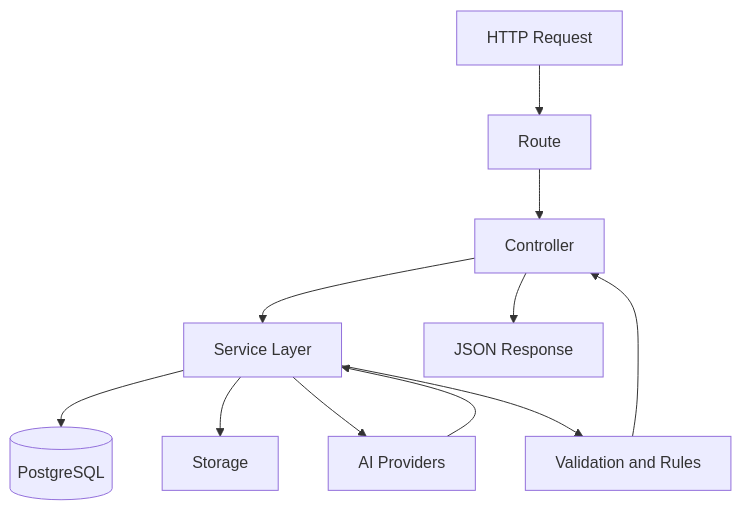
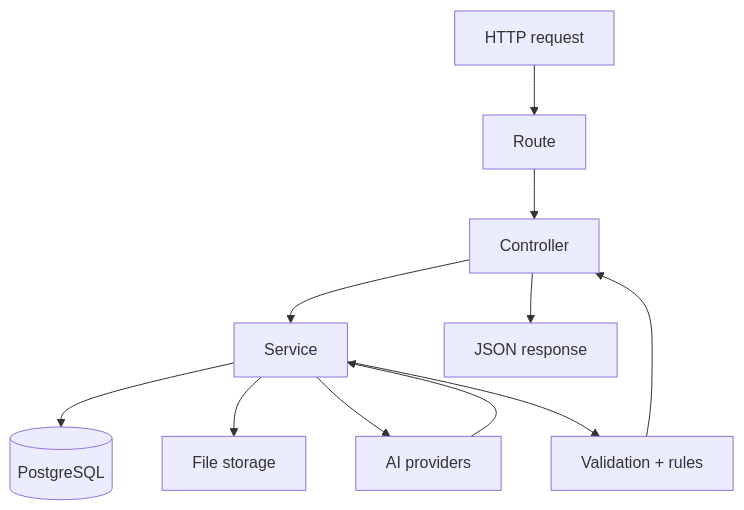
Before and after one commit to dushyant4665/receiptmind: the diagram in backend/README.md, drawn with Mermaid. The commit also changed other lines of this file and 22 other files, not shown here.

````diff
--- a/backend/README.md
+++ b/backend/README.md
@@ -35,13 +35,13 @@
 ```mermaid
 flowchart TD
-    A[HTTP Request] --> B[Route]
+    A[HTTP request] --> B[Route]
     B --> C[Controller]
-    C --> D[Service Layer]
+    C --> D[Service]
     D --> E[(PostgreSQL)]
-    D --> F[Storage]
-    D --> G[AI Providers]
+    D --> F[File storage]
+    D --> G[AI providers]
     G --> D
-    D --> H[Validation and Rules]
+    D --> H[Validation + rules]
     H --> C
-    C --> I[JSON Response]
+    C --> I[JSON response]
 ```
````
